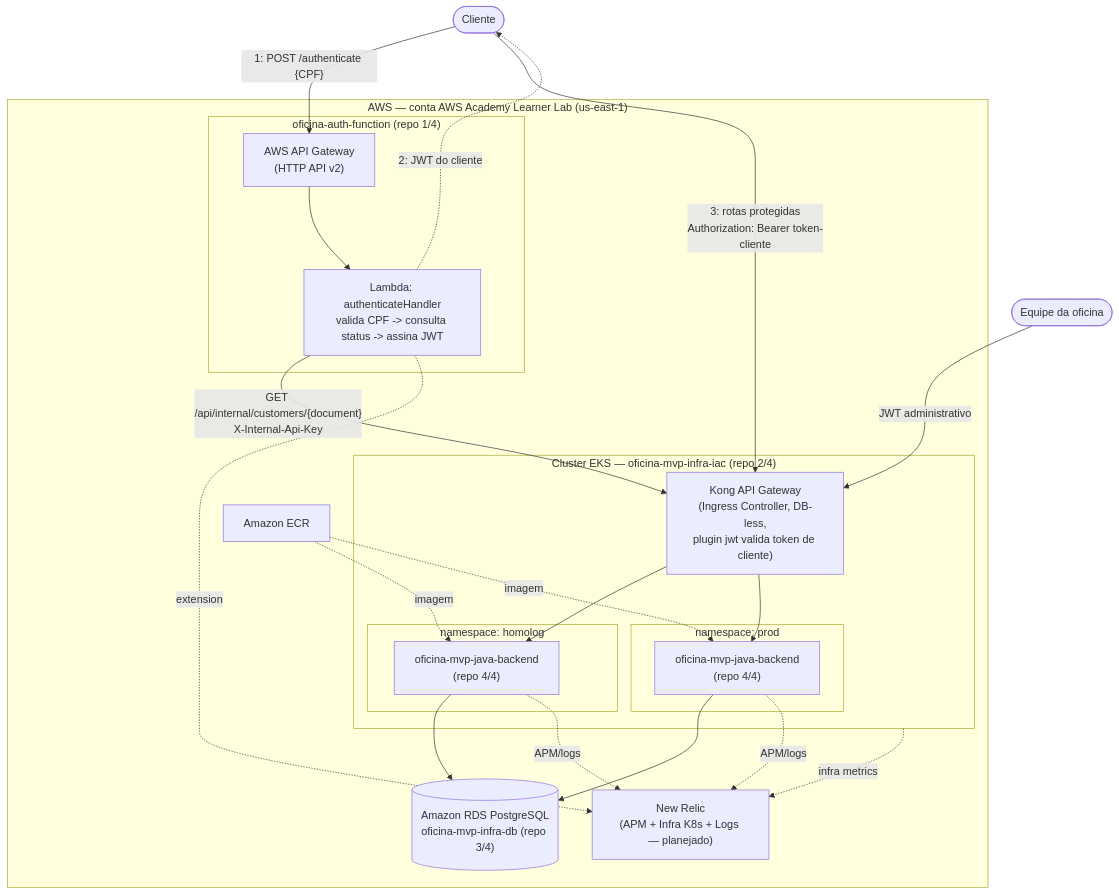
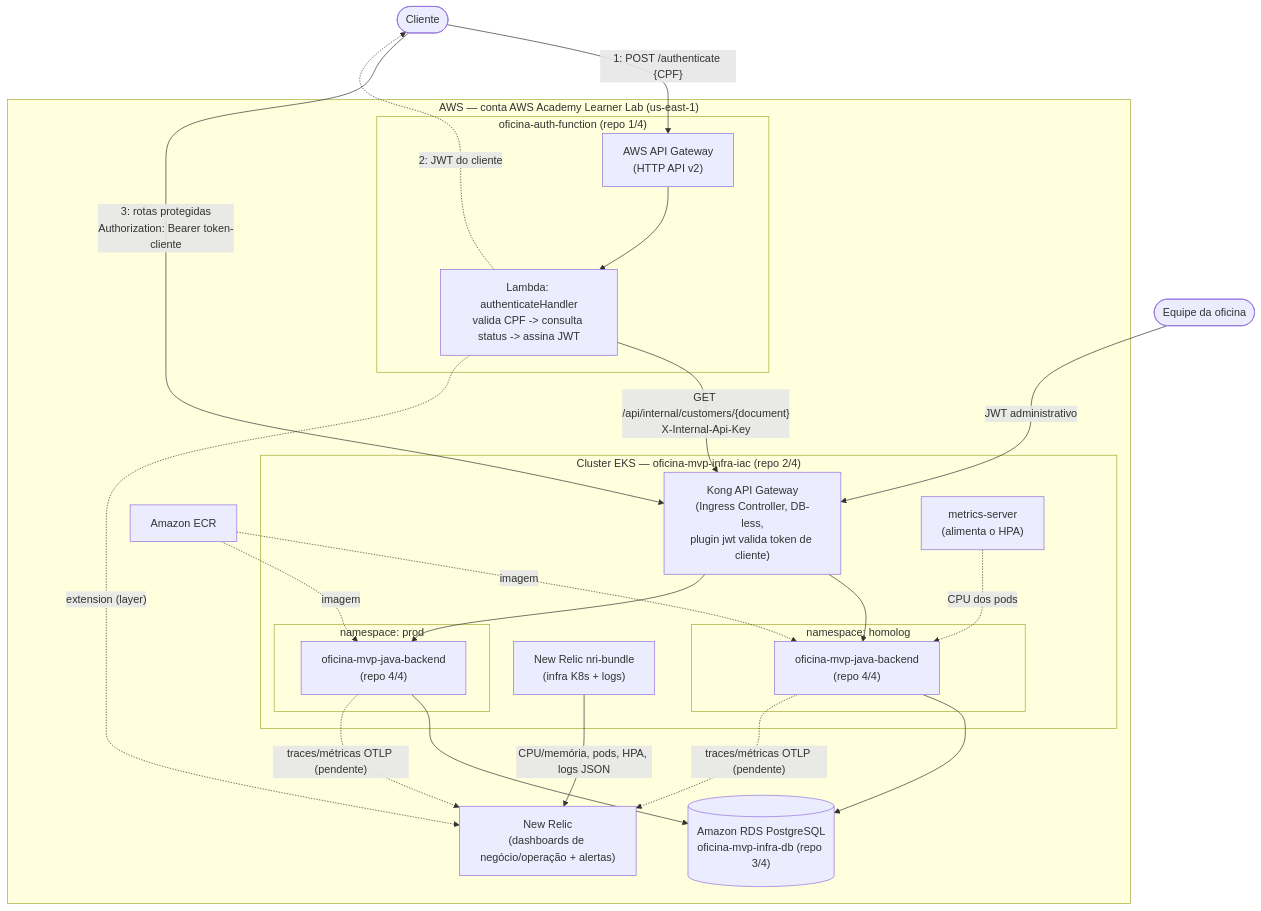
The fifth of 8 diagrams in docs/architecture.md (lukebria/oficina-mvp-java-backend), drawn with Mermaid before and after one commit. The commit also changed other lines of this file and 4 other files, not shown here.

````diff
--- a/docs/architecture.md
+++ b/docs/architecture.md
@@ -915,45 +915,48 @@
 ```mermaid
 flowchart TB
     Staff(["Equipe da oficina"])
     Cliente(["Cliente"])
 
     subgraph AWS["AWS — conta AWS Academy Learner Lab (us-east-1)"]
         subgraph LambdaBox["oficina-auth-function (repo 1/4)"]
             ApiGwLambda["AWS API Gateway<br/>(HTTP API v2)"]
             Lambda["Lambda: authenticateHandler<br/>valida CPF -> consulta status -> assina JWT"]
             ApiGwLambda --> Lambda
         end
 
         subgraph EKS["Cluster EKS — oficina-mvp-infra-iac (repo 2/4)"]
             Kong["Kong API Gateway<br/>(Ingress Controller, DB-less,<br/>plugin jwt valida token de cliente)"]
+            MetricsServer["metrics-server<br/>(alimenta o HPA)"]
+            NRI["New Relic nri-bundle<br/>(infra K8s + logs)"]
             subgraph NsHomolog["namespace: homolog"]
                 AppHomolog["oficina-mvp-java-backend<br/>(repo 4/4)"]
             end
             subgraph NsProd["namespace: prod"]
                 AppProd["oficina-mvp-java-backend<br/>(repo 4/4)"]
             end
             Kong --> AppHomolog
             Kong --> AppProd
         end
 
         RDS[("Amazon RDS PostgreSQL<br/>oficina-mvp-infra-db (repo 3/4)")]
         ECR["Amazon ECR"]
-        NewRelic["New Relic<br/>(APM + Infra K8s + Logs — planejado)"]
+        NewRelic["New Relic<br/>(dashboards de negócio/operação + alertas)"]
 
         AppHomolog --> RDS
         AppProd --> RDS
         Lambda -->|"GET /api/internal/customers/{document}<br/>X-Internal-Api-Key"| Kong
         ECR -.->|"imagem"| AppHomolog
         ECR -.->|"imagem"| AppProd
     end
 
     Staff -->|"JWT administrativo"| Kong
     Cliente -->|"1: POST /authenticate {CPF}"| ApiGwLambda
     Cliente -->|"3: rotas protegidas<br/>Authorization: Bearer token-cliente"| Kong
     Lambda -.->|"2: JWT do cliente"| Cliente
 
-    AppHomolog -.->|APM/logs| NewRelic
-    AppProd -.->|APM/logs| NewRelic
-    EKS -.->|infra metrics| NewRelic
-    Lambda -.->|extension| NewRelic
+    MetricsServer -.->|CPU dos pods| AppHomolog
+    NRI -->|"CPU/memória, pods, HPA, logs JSON"| NewRelic
+    AppHomolog -.->|"traces/métricas OTLP (pendente)"| NewRelic
+    AppProd -.->|"traces/métricas OTLP (pendente)"| NewRelic
+    Lambda -.->|"extension (layer)"| NewRelic
 ```
````
